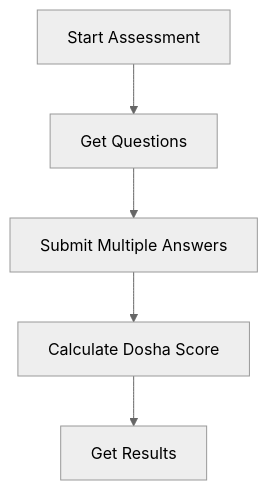
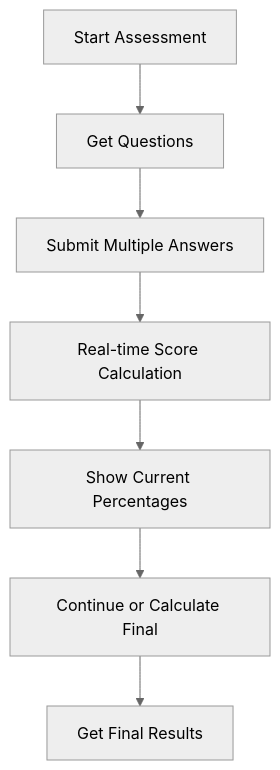
One commit to Akshaypareek01/Samsara_backend_v1 changed the diagram in dosha_assessment_api.md. Above: the diagram before and after it, drawn with Mermaid (neutral theme). The commit also changed other lines of this file and 2 other files, not shown here.

````diff
--- a/dosha_assessment_api.md
+++ b/dosha_assessment_api.md
@@ -170,7 +185,9 @@
 ```mermaid
 flowchart TD
     A[Start Assessment] --> B[Get Questions]
     B --> C[Submit Multiple Answers]
-    C --> D[Calculate Dosha Score]
-    D --> E[Get Results]
+    C --> D[Real-time Score Calculation]
+    D --> E[Show Current Percentages]
+    E --> F[Continue or Calculate Final]
+    F --> G[Get Final Results]
 ```
````
